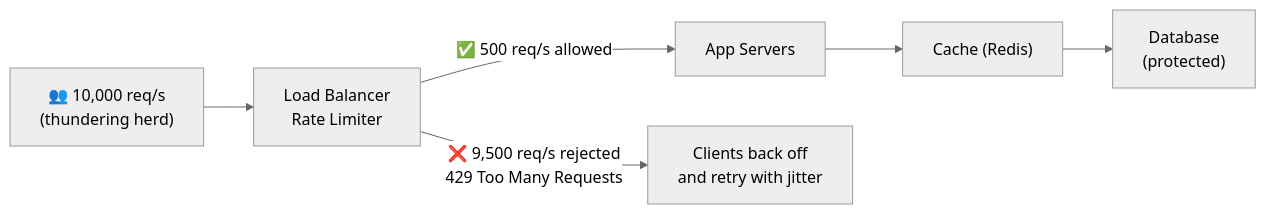
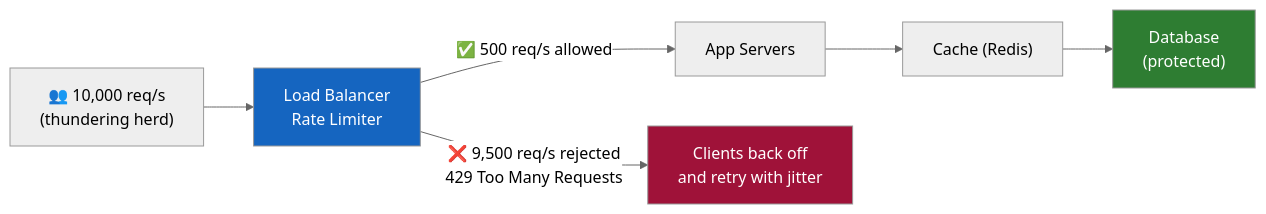
One commit to g-savitha/gsavitha.in changed the seventh of 9 diagrams in src/content/blog/thundering-herd.md. Above: the diagram before and after it, drawn with Mermaid (neutral theme). The commit also changed other lines of this file and 6 other files, not shown here.

Commit message:
Mermaid: restore the original hand-picked palette (AA nudges, rose instead of bright red)

````diff
--- a/src/content/blog/thundering-herd.md
+++ b/src/content/blog/thundering-herd.md
@@ -375,12 +375,12 @@
 ```mermaid
 flowchart LR
     Users["👥 10,000 req/s\n(thundering herd)"] --> LB["Load Balancer\nRate Limiter"]
     LB -->|"✅ 500 req/s allowed"| App["App Servers"]
     LB -->|"❌ 9,500 req/s rejected\n429 Too Many Requests"| Drop["Clients back off\nand retry with jitter"]
     App --> Cache["Cache (Redis)"]
     Cache --> DB["Database\n(protected)"]
 
-    class LB primary
-    class Drop danger
-    class DB success
+    style LB fill:#1565c0,color:#fff
+    style Drop fill:#9f1239,color:#fff
+    style DB fill:#2e7d32,color:#fff
 ```
````
